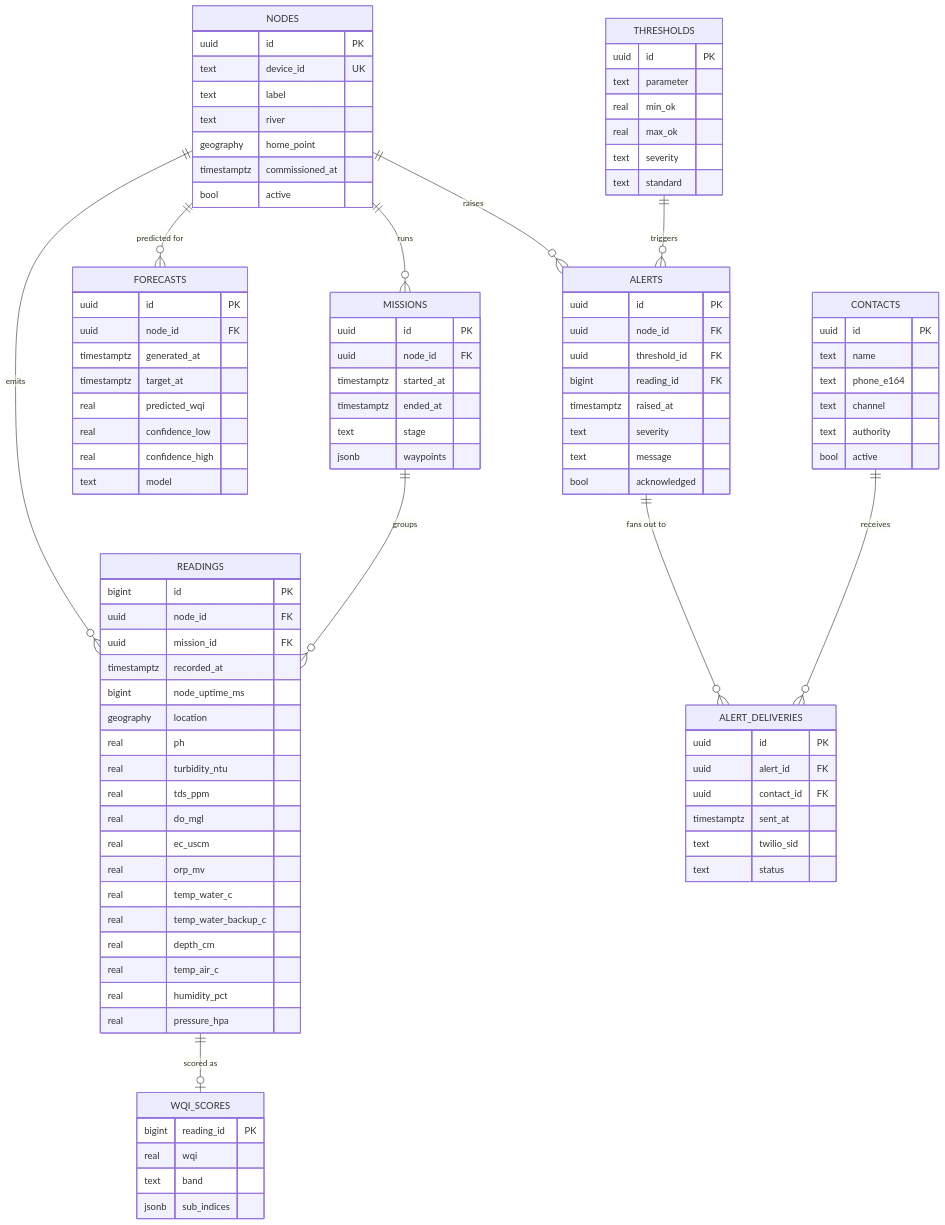
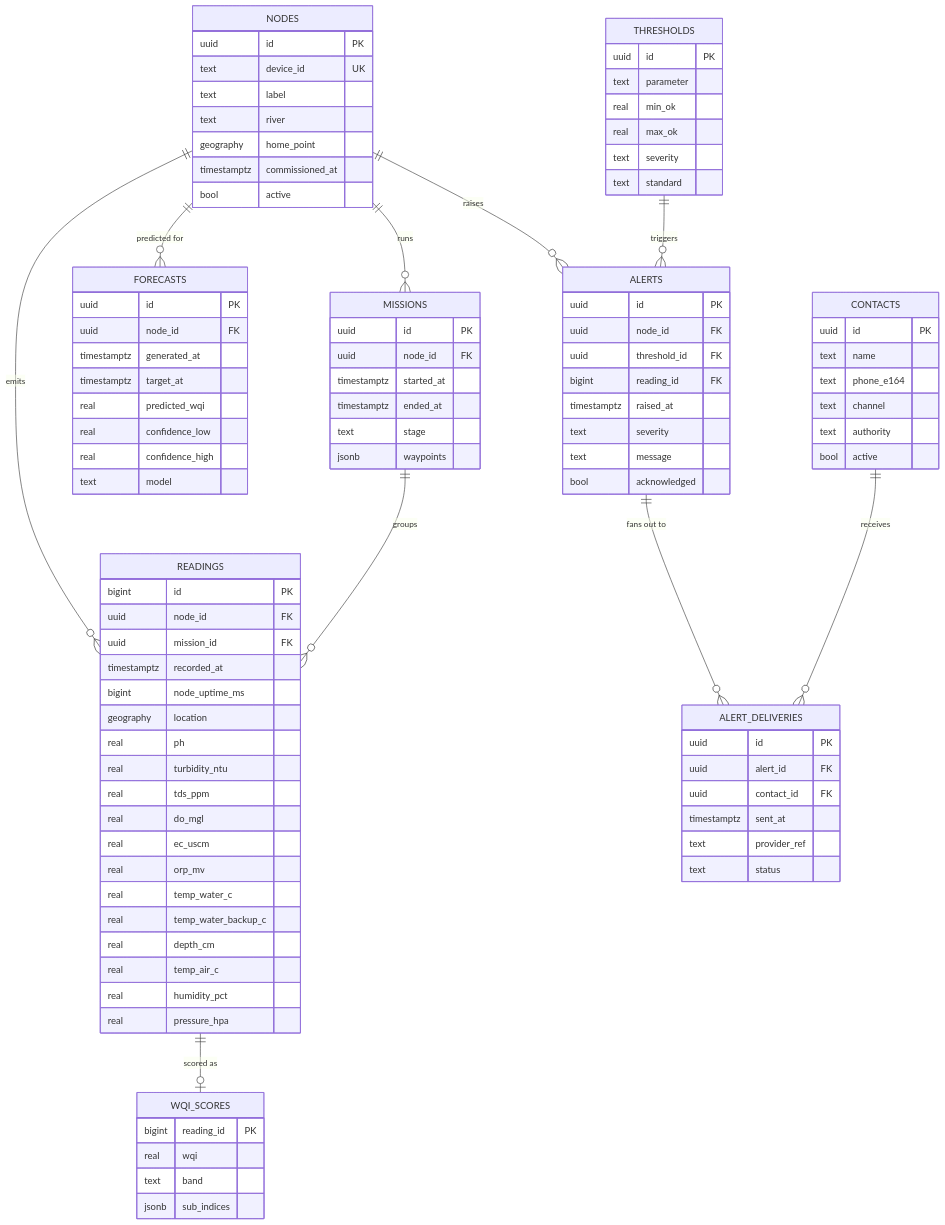
The second of 4 diagrams in README.md (WQM-Project/wqm-web-dashboard), drawn with Mermaid before and after one commit. The commit also changed other lines of this file and 106 other files, not shown here.

````diff
--- a/README.md
+++ b/README.md
@@ -259,7 +318,7 @@
         uuid alert_id FK
         uuid contact_id FK
         timestamptz sent_at
-        text twilio_sid
+        text provider_ref
         text status
     }
 ```
````
